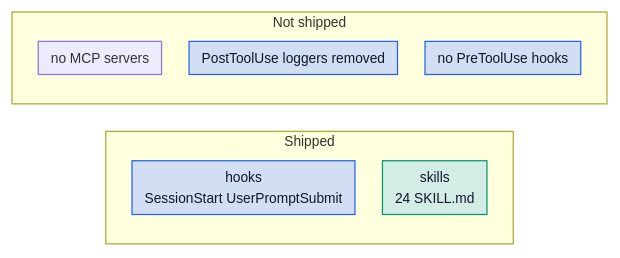
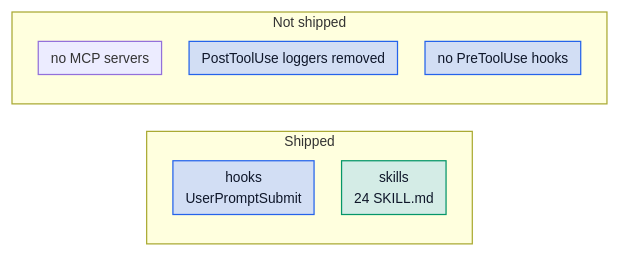
The sixth of 6 diagrams in plugin/README.md (Pasanbasuru/company-plugin), drawn with Mermaid before and after one commit. The commit also changed other lines of this file and 2 other files, not shown here.

First line of the commit message:
refactor(hooks): drop redundant SessionStart hook, keep single UserPromptSubmit

````diff
--- a/plugin/README.md
+++ b/plugin/README.md
@@ -310,20 +308,20 @@
 ```mermaid
 %%{init: {"themeVariables": {"fontSize": "11px"}, "flowchart": {"padding": 5, "nodeSpacing": 22, "rankSpacing": 22, "diagramPadding": 4}}}%%
 flowchart LR
 classDef hooks fill:#d2def4,stroke:#2563eb,color:#0f172a
 classDef scripts fill:#e8d9f3,stroke:#9333ea,color:#0f172a
 classDef skills fill:#d4ece6,stroke:#059669,color:#0f172a
 classDef templates fill:#f6dfd3,stroke:#ea580c,color:#0f172a
   subgraph ships ["Shipped"]
-    A["hooks<br/>SessionStart UserPromptSubmit"]
+    A["hooks<br/>UserPromptSubmit"]
     B["skills<br/>24 SKILL.md"]
   end
   subgraph nothere ["Not shipped"]
     E["no MCP servers"]
     F["PostToolUse loggers removed"]
     G["no PreToolUse hooks"]
   end
 class A hooks
 class B skills
 class F,G hooks
 ```
````
